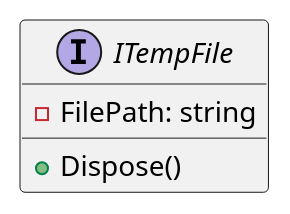
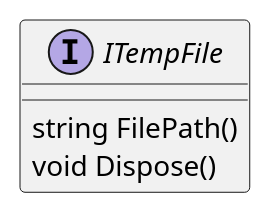
Before and after one commit to mwwhited-forks/dotnet-libs: the third of 5 diagrams in docs/generated/Framework/Eliassen.System.Abstractions/IO/Documentation.md, drawn with PlantUML. The commit also changed other lines of this file and 444 other files, not shown here.

````diff
--- a/docs/generated/Framework/Eliassen.System.Abstractions/IO/Documentation.md
+++ b/docs/generated/Framework/Eliassen.System.Abstractions/IO/Documentation.md
@@ -58,9 +95,8 @@
 ```plantuml
 @startuml
 interface ITempFile {
-  - FilePath: string
-  + Dispose()
+  string FilePath()
+  void Dispose()
 }
-
 @enduml
 ```
````
